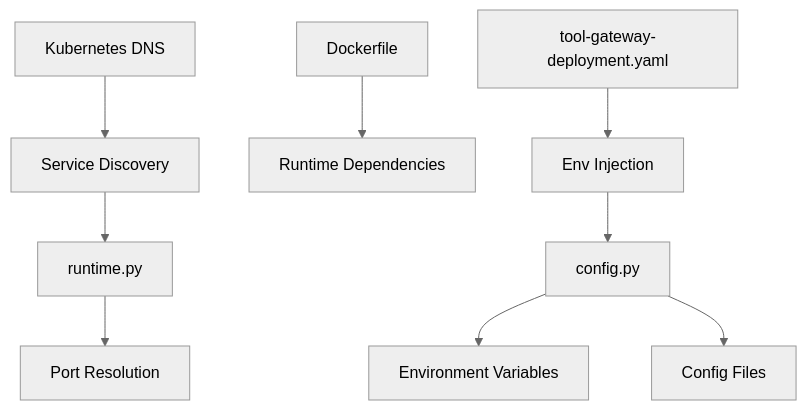
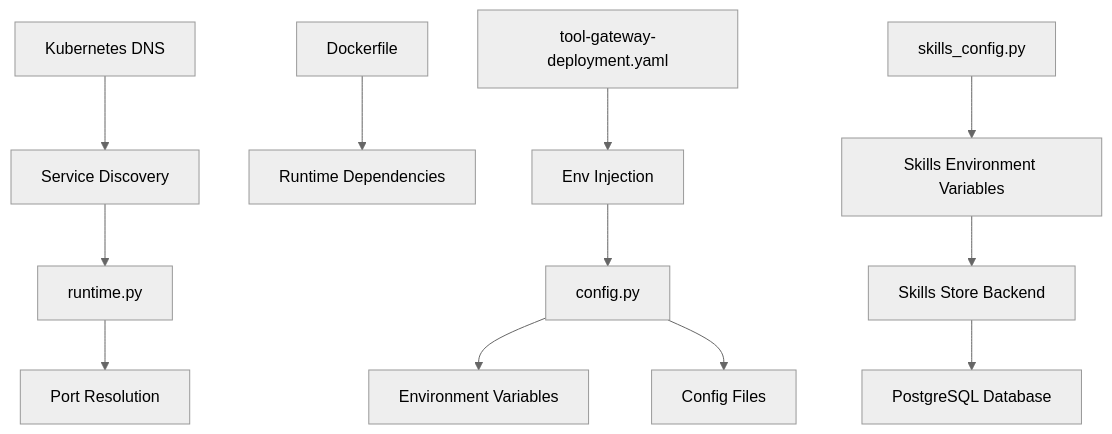
Before and after one commit to metasync/luban-aiops: diagram 11 of 11 in .qoder/repowiki/en/content/Tool Gateway Service/Configuration and Environment Setup.md, drawn with Mermaid (neutral theme). The commit also changed other lines of this file and 64 other files, not shown here.

````diff
--- a/.qoder/repowiki/en/content/Tool Gateway Service/Configuration and Environment Setup.md
+++ b/.qoder/repowiki/en/content/Tool Gateway Service/Configuration and Environment Setup.md
@@ -334,11 +401,14 @@
 ```mermaid
 graph TB
 CFG["config.py"] --> ENV["Environment Variables"]
 CFG --> FILE["Config Files"]
 RT["runtime.py"] --> PORT["Port Resolution"]
 DNS["Kubernetes DNS"] --> SVC["Service Discovery"]
 DOCKER["Dockerfile"] --> RUNTIME["Runtime Dependencies"]
 K8S["tool-gateway-deployment.yaml"] --> INJECT["Env Injection"]
 INJECT --> CFG
 SVC --> RT
+SkillsCFG["skills_config.py"] --> SkillsENV["Skills Environment Variables"]
+SkillsENV --> SkillsStore["Skills Store Backend"]
+SkillsStore --> DB["PostgreSQL Database"]
 ```
````
